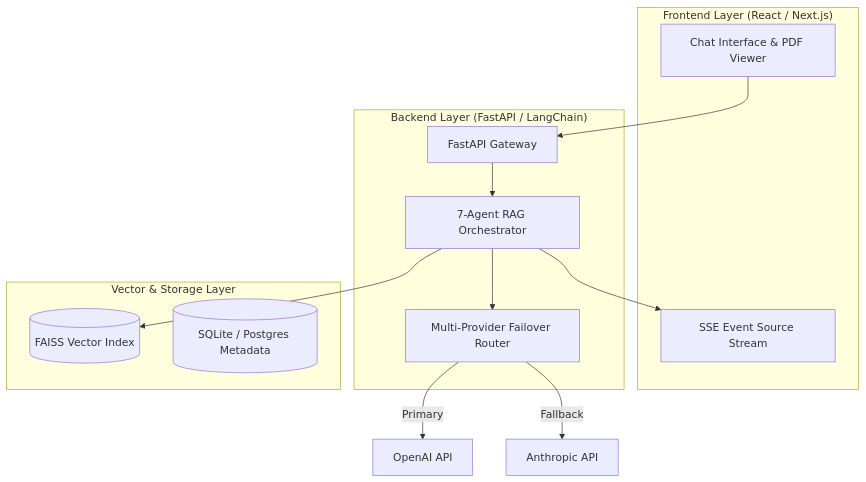
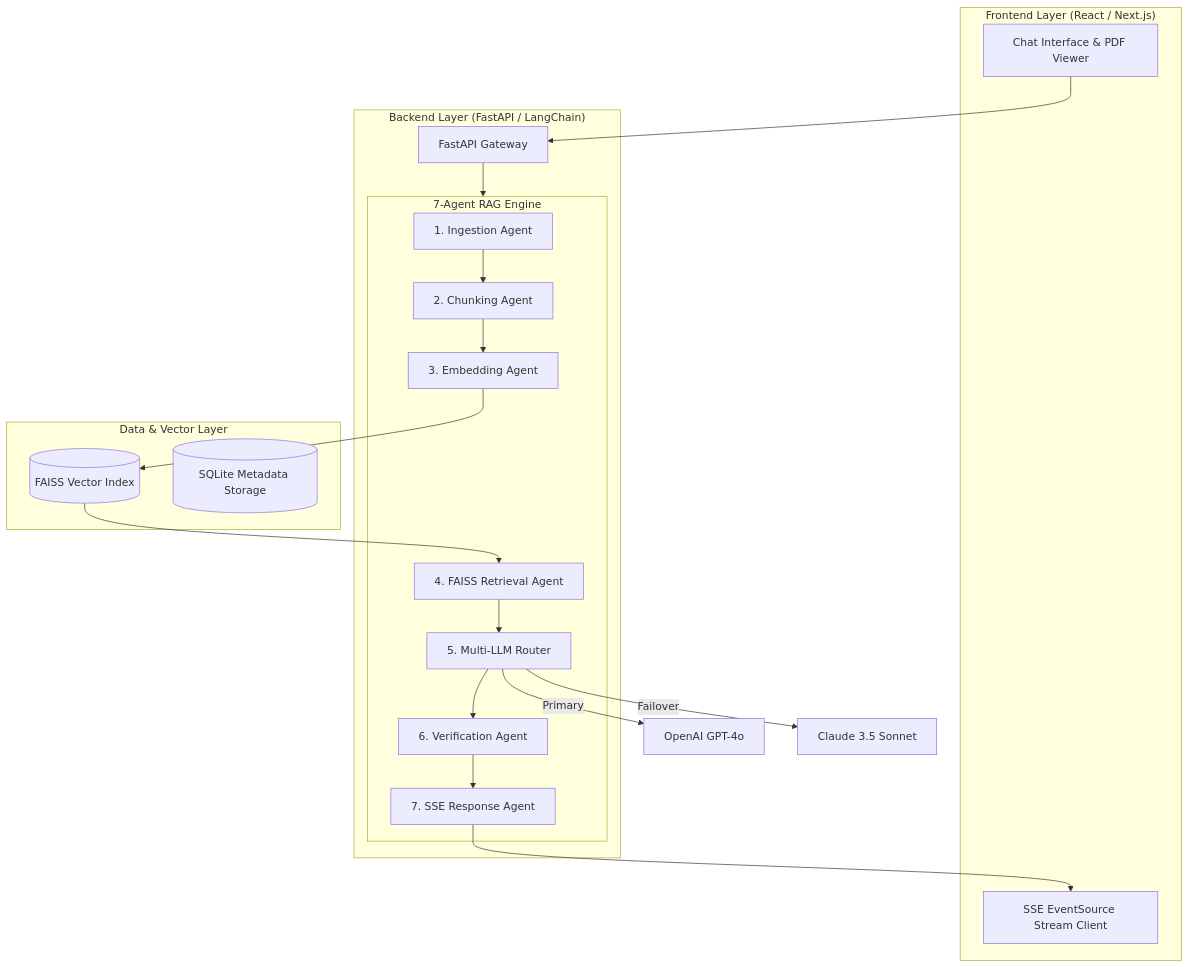
One commit to nachiket0987/paperbrain changed the first of 2 diagrams in docs/ARCHITECTURE.md. Above: the diagram before and after it, drawn with Mermaid. The commit also changed other lines of this file, not shown here.

Commit message:
docs: add/update docs/ARCHITECTURE.md specification

````diff
--- a/docs/ARCHITECTURE.md
+++ b/docs/ARCHITECTURE.md
@@ -10,26 +23,33 @@
 ```mermaid
 graph TB
     subgraph Frontend["Frontend Layer (React / Next.js)"]
         UI["Chat Interface & PDF Viewer"]
-        SSE_CLIENT["SSE Event Source Stream"]
+        SSE_CLIENT["SSE EventSource Stream Client"]
     end
 
     subgraph Backend["Backend Layer (FastAPI / LangChain)"]
         API["FastAPI Gateway"]
-        AGENT_ORCH["7-Agent RAG Orchestrator"]
-        LLM_ROUTER["Multi-Provider Failover Router"]
+        subgraph Agents["7-Agent RAG Engine"]
+            A1["1. Ingestion Agent"]
+            A2["2. Chunking Agent"]
+            A3["3. Embedding Agent"]
+            A4["4. FAISS Retrieval Agent"]
+            A5["5. Multi-LLM Router"]
+            A6["6. Verification Agent"]
+            A7["7. SSE Response Agent"]
+        end
     end
 
-    subgraph VectorEngine["Vector & Storage Layer"]
+    subgraph Storage["Data & Vector Layer"]
         FAISS[("FAISS Vector Index")]
-        META_DB[("SQLite / Postgres Metadata")]
+        META[("SQLite Metadata Storage")]
     end
 
     UI --> API
-    API --> AGENT_ORCH
-    AGENT_ORCH --> FAISS
-    AGENT_ORCH --> LLM_ROUTER
-    LLM_ROUTER -->|"Primary"| OPENAI["OpenAI API"]
-    LLM_ROUTER -->|"Fallback"| ANTHROPIC["Anthropic API"]
-    AGENT_ORCH --> SSE_CLIENT
+    API --> Agents
+    A1 --> A2 --> A3 --> FAISS
+    FAISS --> A4 --> A5 --> A6 --> A7
+    A5 -->|"Primary"| OPENAI["OpenAI GPT-4o"]
+    A5 -->|"Failover"| ANTHROPIC["Claude 3.5 Sonnet"]
+    A7 --> SSE_CLIENT
 ```
````
